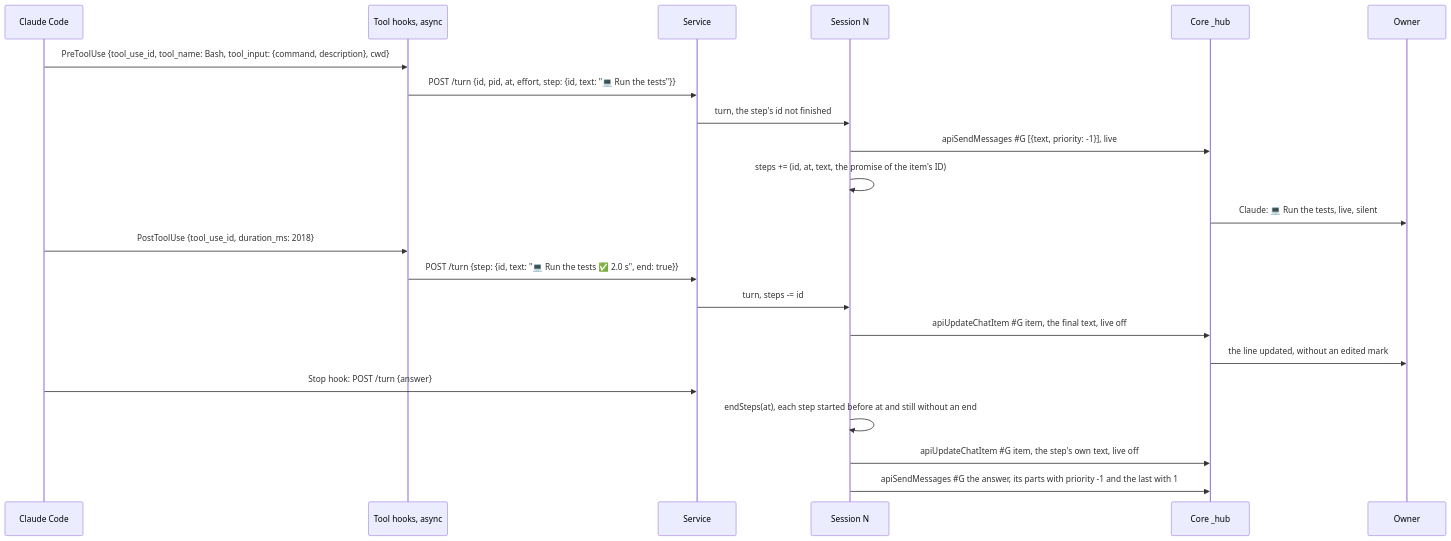
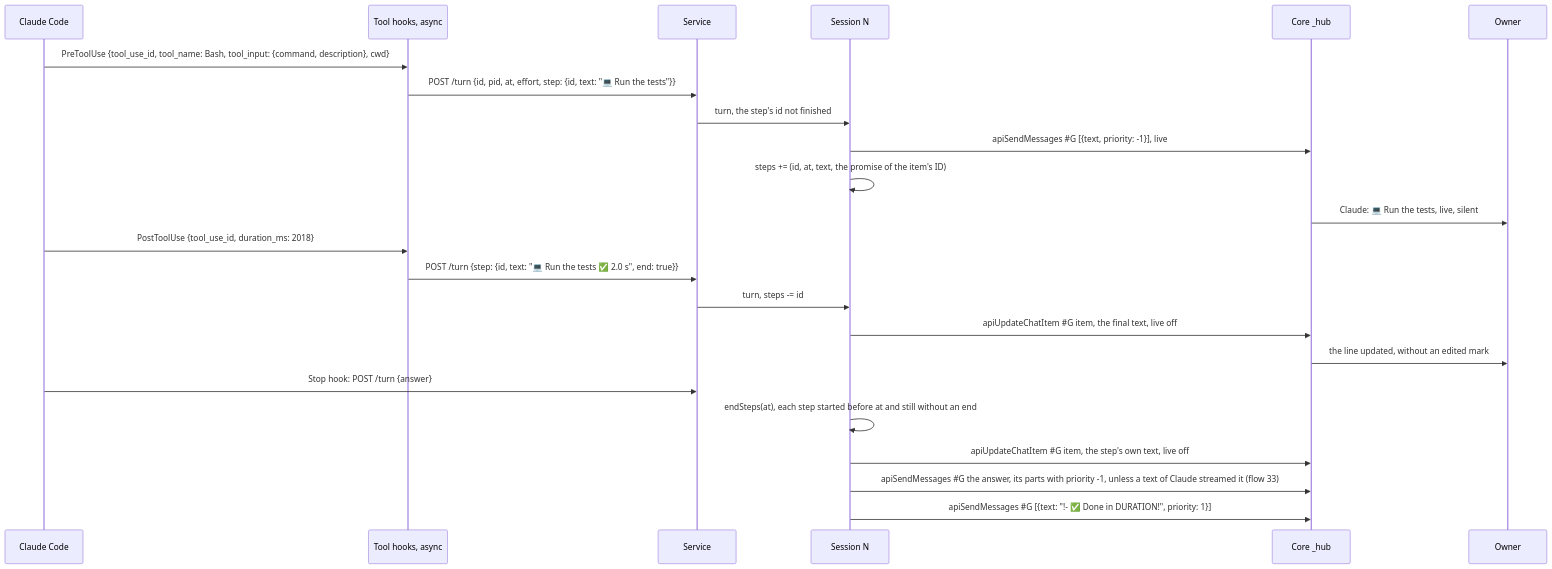
Before and after one commit to simplex-chat/simplex-chat: diagram 32 of 33 in packages/simplex-chat-mcp/spec/flows.md, drawn with Mermaid. The commit also changed other lines of this file and 25 other files, not shown here.

````diff
--- a/packages/simplex-chat-mcp/spec/flows.md
+++ b/packages/simplex-chat-mcp/spec/flows.md
@@ -1453,24 +1468,25 @@
 ```mermaid
 sequenceDiagram
   participant CC as Claude Code
   participant HK as Tool hooks, async
   participant D as Service
   participant N as Session N
   participant C as Core _hub
   participant O as Owner
   CC->>HK: PreToolUse {tool_use_id, tool_name: Bash, tool_input: {command, description}, cwd}
   HK->>D: POST /turn {id, pid, at, effort, step: {id, text: "💻 Run the tests"}}
   D->>N: turn, the step's id not finished
   N->>C: apiSendMessages #35;G [{text, priority: -1}], live
   N->>N: steps += (id, at, text, the promise of the item's ID)
   C->>O: Claude: 💻 Run the tests, live, silent
   CC->>HK: PostToolUse {tool_use_id, duration_ms: 2018}
   HK->>D: POST /turn {step: {id, text: "💻 Run the tests ✅ 2.0 s", end: true}}
   D->>N: turn, steps -= id
   N->>C: apiUpdateChatItem #35;G item, the final text, live off
   C->>O: the line updated, without an edited mark
   CC->>D: Stop hook: POST /turn {answer}
   N->>N: endSteps(at), each step started before at and still without an end
   N->>C: apiUpdateChatItem #35;G item, the step's own text, live off
-  N->>C: apiSendMessages #35;G the answer, its parts with priority -1 and the last with 1
+  N->>C: apiSendMessages #35;G the answer, its parts with priority -1, unless a text of Claude streamed it (flow 33)
+  N->>C: apiSendMessages #35;G [{text: "!- ✅ Done in DURATION!", priority: 1}]
 ```
````
